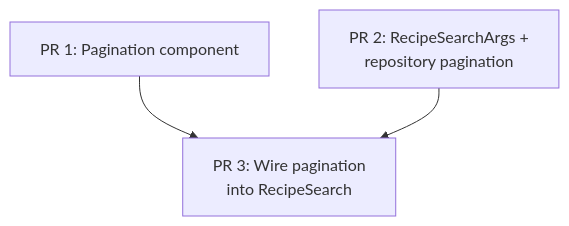
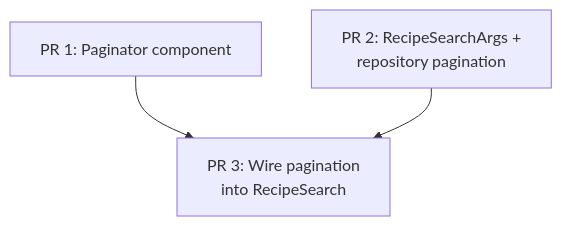
One commit to yjaaidi/kitchen changed the second of 2 diagrams in design-docs/001-recipe-search-pagination.md. Above: the diagram before and after it, drawn with Mermaid. The commit also changed other lines of this file, not shown here.

Commit message:
docs: rename Pagination to Paginator

````diff
--- a/design-docs/001-recipe-search-pagination.md
+++ b/design-docs/001-recipe-search-pagination.md
@@ -138,9 +152,9 @@
 ```mermaid
 flowchart TD
-    PR1["PR 1: Pagination component"]
+    PR1["PR 1: Paginator component"]
     PR2["PR 2: RecipeSearchArgs +<br>repository pagination"]
     PR3["PR 3: Wire pagination<br>into RecipeSearch"]
 
     PR1 --> PR3
     PR2 --> PR3
 ```
````
